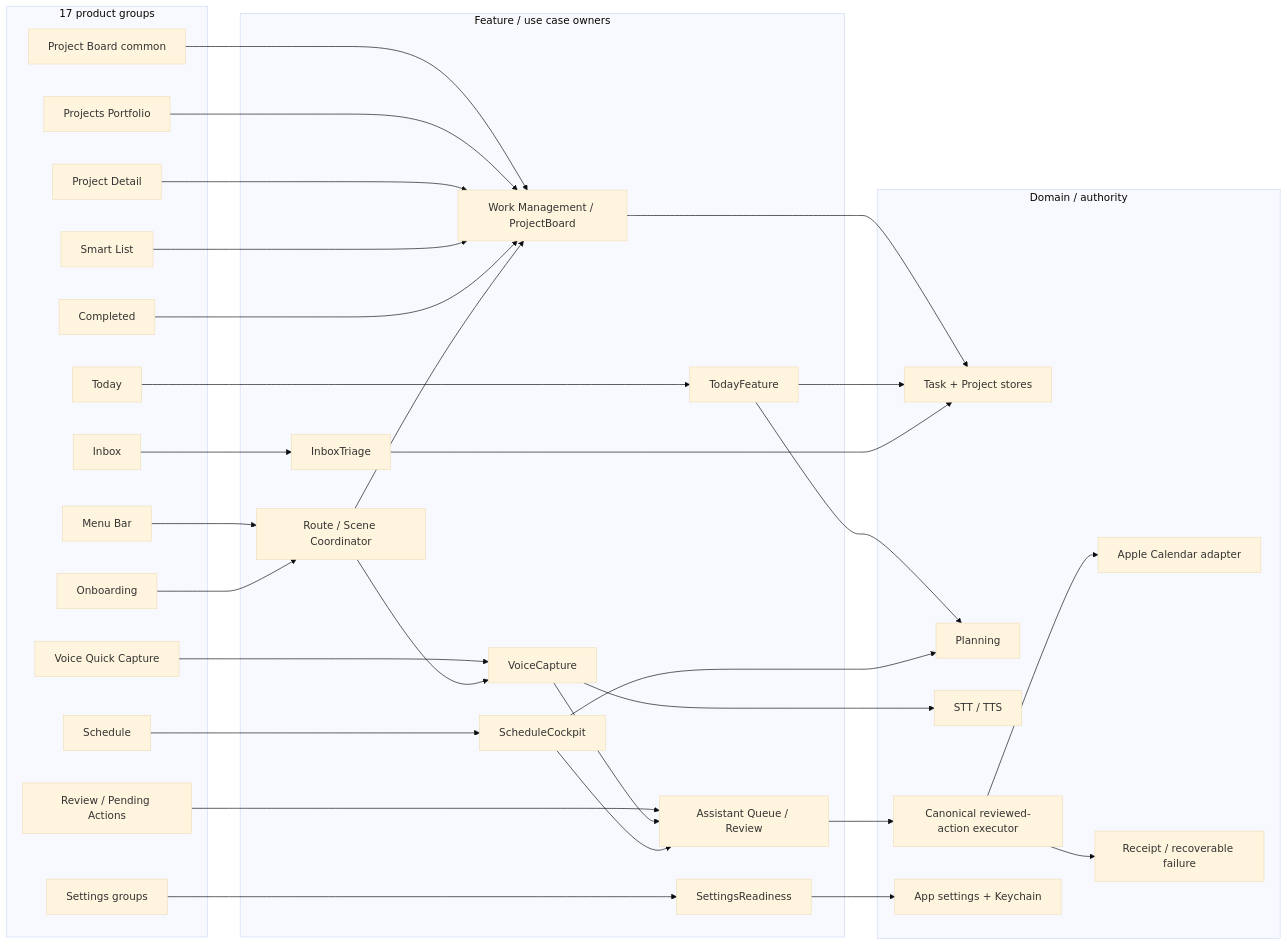
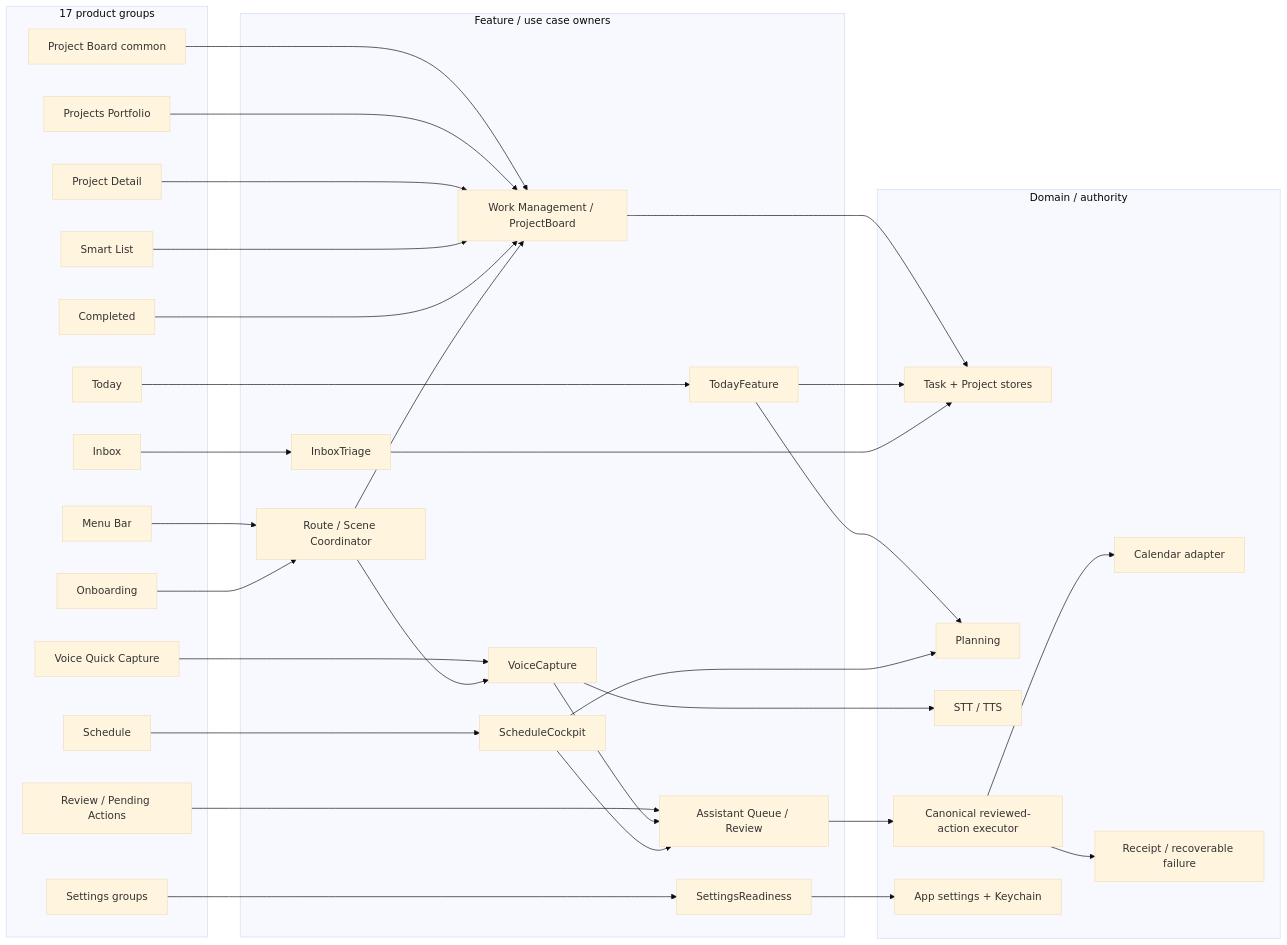
One commit to albert-einshutoin/Suisui changed the fourth of 4 diagrams in docs/ux/information-architecture.md. Above: the diagram before and after it, drawn with Mermaid (base theme). The commit also changed other lines of this file, not shown here.

Commit message:
docs(product): align calendar surface with current owner

````diff
--- a/docs/ux/information-architecture.md
+++ b/docs/ux/information-architecture.md
@@ -244,68 +244,68 @@
 ```mermaid
 flowchart LR
   subgraph UI["17 product groups"]
     Board["Project Board common"]
     Today[Today]
     Inbox[Inbox]
     Projects["Projects Portfolio"]
     Detail["Project Detail"]
     Smart["Smart List"]
     Schedule[Schedule]
     Done[Completed]
     Review["Review / Pending Actions"]
     Voice["Voice Quick Capture"]
     Settings["Settings groups"]
     Menu["Menu Bar"]
     Onboarding[Onboarding]
   end
 
   subgraph Feature["Feature / use case owners"]
     WorkF["Work Management / ProjectBoard"]
     TodayF[TodayFeature]
     InboxF[InboxTriage]
     ReviewF["Assistant Queue / Review"]
     VoiceF[VoiceCapture]
     ScheduleF[ScheduleCockpit]
     SettingsF[SettingsReadiness]
     RouteF["Route / Scene Coordinator"]
   end
 
   subgraph Domain["Domain / authority"]
     Work["Task + Project stores"]
     Planning[Planning]
     Speech["STT / TTS"]
     Execution["Canonical reviewed-action executor"]
-    Calendar["Apple Calendar adapter"]
+    Calendar["Calendar adapter"]
     Receipt["Receipt / recoverable failure"]
     Preferences["App settings + Keychain"]
   end
 
   Board --> WorkF
   Today --> TodayF
   Inbox --> InboxF
   Projects --> WorkF
   Detail --> WorkF
   Smart --> WorkF
   Schedule --> ScheduleF
   Done --> WorkF
   Review --> ReviewF
   Voice --> VoiceF
   Settings --> SettingsF
   Menu --> RouteF
   Onboarding --> RouteF
 
   WorkF --> Work
   TodayF --> Work
   TodayF --> Planning
   InboxF --> Work
   ReviewF --> Execution
   VoiceF --> Speech
   VoiceF --> ReviewF
   ScheduleF --> Planning
   ScheduleF --> ReviewF
   Execution --> Calendar
   Execution --> Receipt
   SettingsF --> Preferences
   RouteF --> WorkF
   RouteF --> VoiceF
 ```
````
